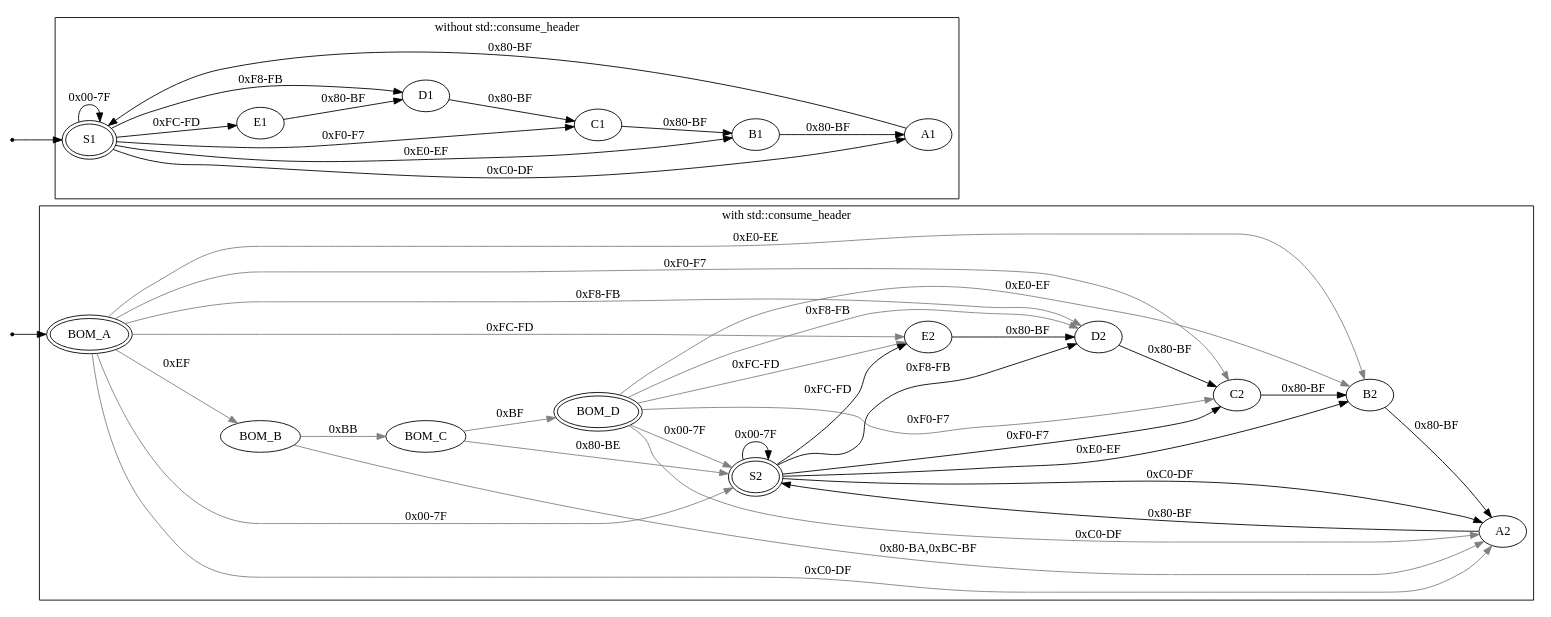
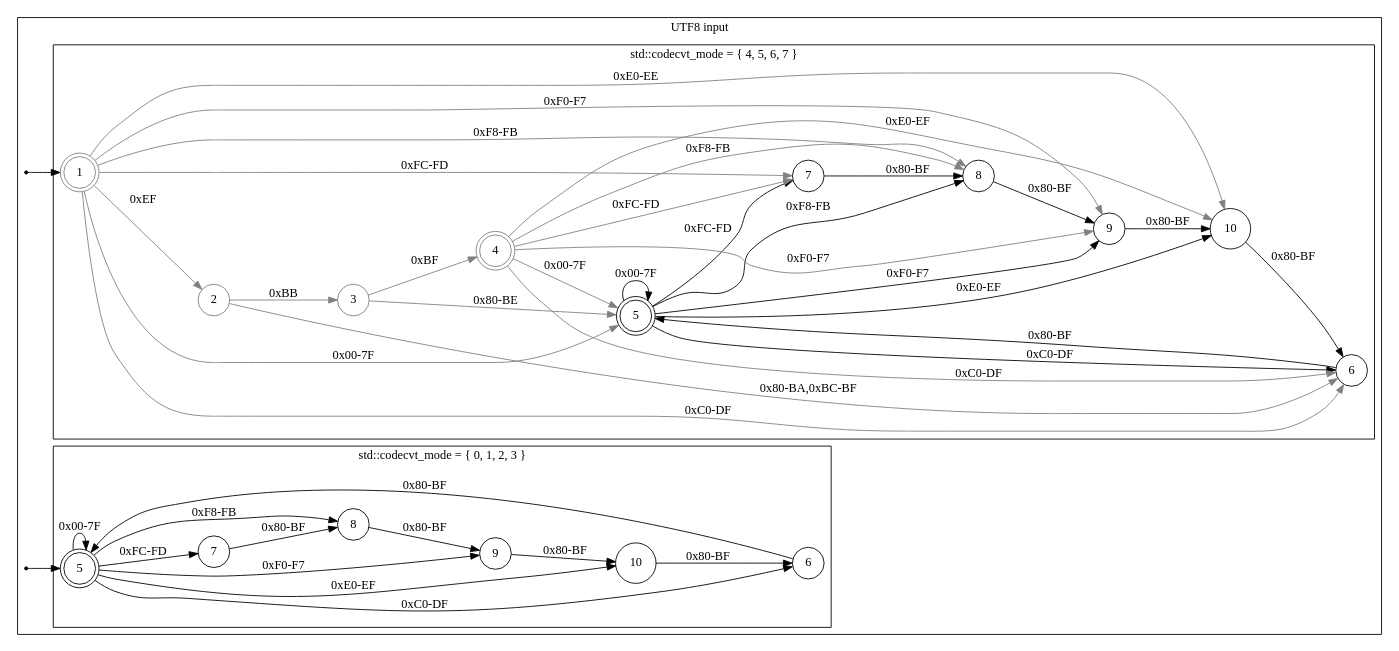
Before and after one commit to jschmerge/xos: the diagram in src/automata/samples/utf8-input-bom.dot, drawn with Graphviz. The commit also changed 2 other files, not shown here.

Commit message:
More fun with dot; drawings for codecvt state machines are nearly complete

```diff
--- a/src/automata/samples/utf8-input-bom.dot
+++ b/src/automata/samples/utf8-input-bom.dot
@@ -1,81 +1,100 @@
 digraph Input {
 	rankdir="LR"
 	splines=true
 	layout=dot
 
+	node [shape=circle]
+
 	Initial1 [shape=point]
 	Initial2 [shape=point]
 
-	Initial1 -> BOM_A [color=black]
-	Initial2 -> S1
+	subgraph cluster_input_modes {
+		label="UTF8 input"
+		Initial1 -> BOM_A [color=black]
+		Initial2 -> S1
 
-	subgraph cluster_consume_header {
-		label="with std::consume_header"
+		subgraph cluster_consume_header {
+			label="std::codecvt_mode = { 4, 5, 6, 7 }"
 
-		subgraph {
-			edge [color=gray]
-			BOM_A [peripheries=2]
-			BOM_D [peripheries=2]
-
-			BOM_A -> S2 [label="0x00-7F"]
-			BOM_A -> A2 [label="0xC0-DF"]
-			BOM_A -> B2 [label="0xE0-EE"]
-			BOM_A -> BOM_B [label="0xEF"]
-			BOM_A -> C2 [label="0xF0-F7"]
-			BOM_A -> D2 [label="0xF8-FB"]
-			BOM_A -> E2 [label="0xFC-FD"]
+			subgraph {
+				node [color=gray]
+				edge [color=gray]
+				BOM_A -> S2 [label="0x00-7F"]
+				BOM_A -> A2 [label="0xC0-DF"]
+				BOM_A -> B2 [label="0xE0-EE"]
+				BOM_A -> BOM_B [label="0xEF"]
+				BOM_A -> C2 [label="0xF0-F7"]
+				BOM_A -> D2 [label="0xF8-FB"]
+				BOM_A -> E2 [label="0xFC-FD"]
 
 
-			BOM_B -> BOM_C [label="0xBB"]
-			BOM_B -> A2 [label="0x80-BA,0xBC-BF"]
+				BOM_B -> BOM_C [label="0xBB"]
+				BOM_B -> A2 [label="0x80-BA,0xBC-BF"]
 
-			BOM_C -> BOM_D [label="0xBF"]
-			BOM_C -> S2 [label="0x80-BE"]
+				BOM_C -> BOM_D [label="0xBF"]
+				BOM_C -> S2 [label="0x80-BE"]
 
-			BOM_D -> S2 [label="0x00-7F"]
-			BOM_D -> A2 [label="0xC0-DF"]
-			BOM_D -> B2 [label="0xE0-EF"]
-			BOM_D -> C2 [label="0xF0-F7"]
-			BOM_D -> D2 [label="0xF8-FB"]
-			BOM_D -> E2 [label="0xFC-FD"]
+				BOM_D -> S2 [label="0x00-7F"]
+				BOM_D -> A2 [label="0xC0-DF"]
+				BOM_D -> B2 [label="0xE0-EF"]
+				BOM_D -> C2 [label="0xF0-F7"]
+				BOM_D -> D2 [label="0xF8-FB"]
+				BOM_D -> E2 [label="0xFC-FD"]
+			}
+
+			subgraph {
+				edge [color=black]
+
+				S2 [peripheries=2,color=black]
+				S2 -> S2 [label="0x00-7F"]
+				S2 -> A2 [label="0xC0-DF"]
+				S2 -> B2 [label="0xE0-EF"]
+				S2 -> C2 [label="0xF0-F7"]
+				S2 -> D2 [label="0xF8-FB"]
+				S2 -> E2 [label="0xFC-FD"]
+
+				A2 -> S2 [label="0x80-BF"]
+				B2 -> A2 [label="0x80-BF"]
+				C2 -> B2 [label="0x80-BF"]
+				D2 -> C2 [label="0x80-BF"]
+				E2 -> D2 [label="0x80-BF"]
+			}
+
+			BOM_A [label="1",  color=gray,  peripheries=2]
+			BOM_B [label="2"   color=grey,  peripheries=1]
+			BOM_C [label="3"   color=grey,  peripheries=1]
+			BOM_D [label="4",  color=grey,  peripheries=2]
+			S2    [label="5",  color=black, peripheries=2]
+			A2    [label="6",  color=black, peripheries=1]
+			E2    [label="7",  color=black, peripheries=1]
+			D2    [label="8",  color=black, peripheries=1]
+			C2    [label="9",  color=black, peripheries=1]
+			B2    [label="10", color=black, peripheries=1]
 		}
 
-		subgraph {
-			edge [color=black]
+		subgraph cluster_basic
+		{
+			label="std::codecvt_mode = { 0, 1, 2, 3 }"
+			S1 -> S1 [label="0x00-7F"]
+			S1 -> A1 [label="0xC0-DF"]
+			S1 -> B1 [label="0xE0-EF"]
+			S1 -> C1 [label="0xF0-F7"]
+			S1 -> D1 [label="0xF8-FB"]
 
-			S2 [peripheries=2]
-			S2 -> S2 [label="0x00-7F"]
-			S2 -> A2 [label="0xC0-DF"]
-			S2 -> B2 [label="0xE0-EF"]
-			S2 -> C2 [label="0xF0-F7"]
-			S2 -> D2 [label="0xF8-FB"]
-			S2 -> E2 [label="0xFC-FD"]
+			S1 -> E1 [label="0xFC-FD"]
+			A1 -> S1 [label="0x80-BF"]
+			B1 -> A1 [label="0x80-BF"]
+			C1 -> B1 [label="0x80-BF"]
+			D1 -> C1 [label="0x80-BF"]
+			E1 -> D1 [label="0x80-BF"]
 
-			A2 -> S2 [label="0x80-BF"]
-			B2 -> A2 [label="0x80-BF"]
-			C2 -> B2 [label="0x80-BF"]
-			D2 -> C2 [label="0x80-BF"]
-			E2 -> D2 [label="0x80-BF"]
+			S1    [label="5",  color=black, peripheries=2]
+			A1    [label="6",  color=black, peripheries=1]
+			E1    [label="7",  color=black, peripheries=1]
+			D1    [label="8",  color=black, peripheries=1]
+			C1    [label="9",  color=black, peripheries=1]
+			B1    [label="10", color=black, peripheries=1]
 		}
 
 	}
-
-	subgraph cluster_basic
-	{
-		label="without std::consume_header"
-		S1 -> S1 [label="0x00-7F"]
-		S1 -> A1 [label="0xC0-DF"]
-		S1 -> B1 [label="0xE0-EF"]
-		S1 -> C1 [label="0xF0-F7"]
-		S1 -> D1 [label="0xF8-FB"]
-
-		S1 -> E1 [label="0xFC-FD"]
-		A1 -> S1 [label="0x80-BF"]
-		B1 -> A1 [label="0x80-BF"]
-		C1 -> B1 [label="0x80-BF"]
-		D1 -> C1 [label="0x80-BF"]
-		E1 -> D1 [label="0x80-BF"]
-
-		S1 [peripheries=2]
-	}
 }
```
